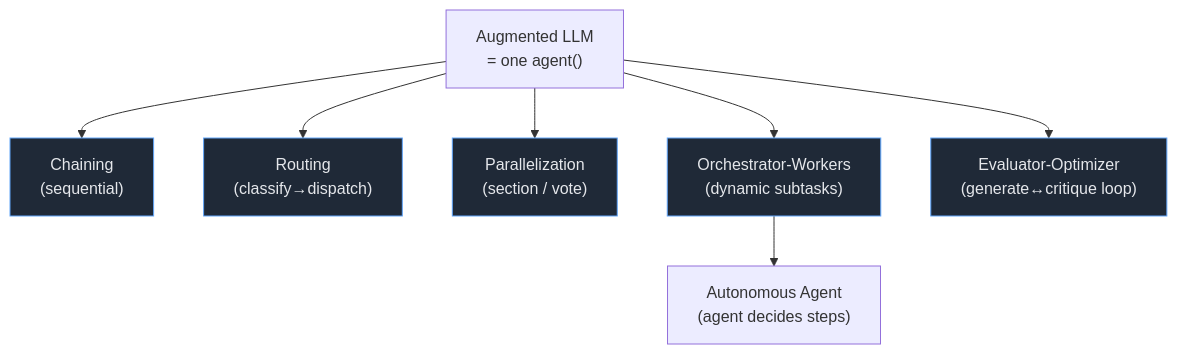
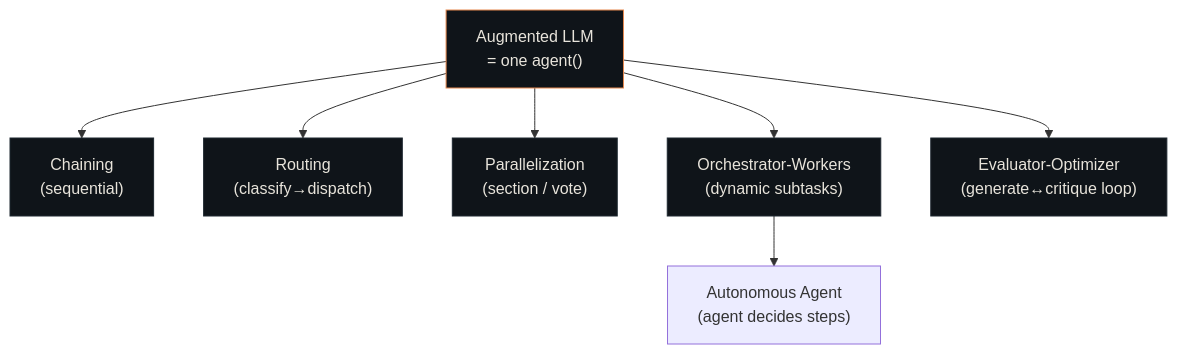
Before and after one commit to mpolatcan/mpolatcan.github.io: the tenth of 20 diagrams in src/content/docs/workflow-patterns.md, drawn with Mermaid. The commit also changed other lines of this file and 2 other files, not shown here.

First line of the commit message:
docs: remove § symbol, add mermaid diagrams to all patterns

````diff
--- a/src/content/docs/workflow-patterns.md
+++ b/src/content/docs/workflow-patterns.md
@@ -239,11 +333,13 @@
 ```mermaid
 flowchart TB
     AL["Augmented LLM<br/>= one agent()"] --> CH["Chaining<br/>(sequential)"]
     AL --> RT["Routing<br/>(classify→dispatch)"]
     AL --> PAR["Parallelization<br/>(section / vote)"]
     AL --> OW["Orchestrator-Workers<br/>(dynamic subtasks)"]
     AL --> EO["Evaluator-Optimizer<br/>(generate↔critique loop)"]
     OW --> AUT["Autonomous Agent<br/>(agent decides steps)"]
-    classDef wf fill:#1f2937,stroke:#60a5fa,color:#e5e7eb
+    classDef wf fill:#0F1419,stroke:#1E2830,color:#E8E4DB
+    classDef pivot fill:#0F1419,stroke:#E5884F,color:#E8E4DB
     class CH,RT,PAR,OW,EO wf
+    class AL pivot
 ```
````
